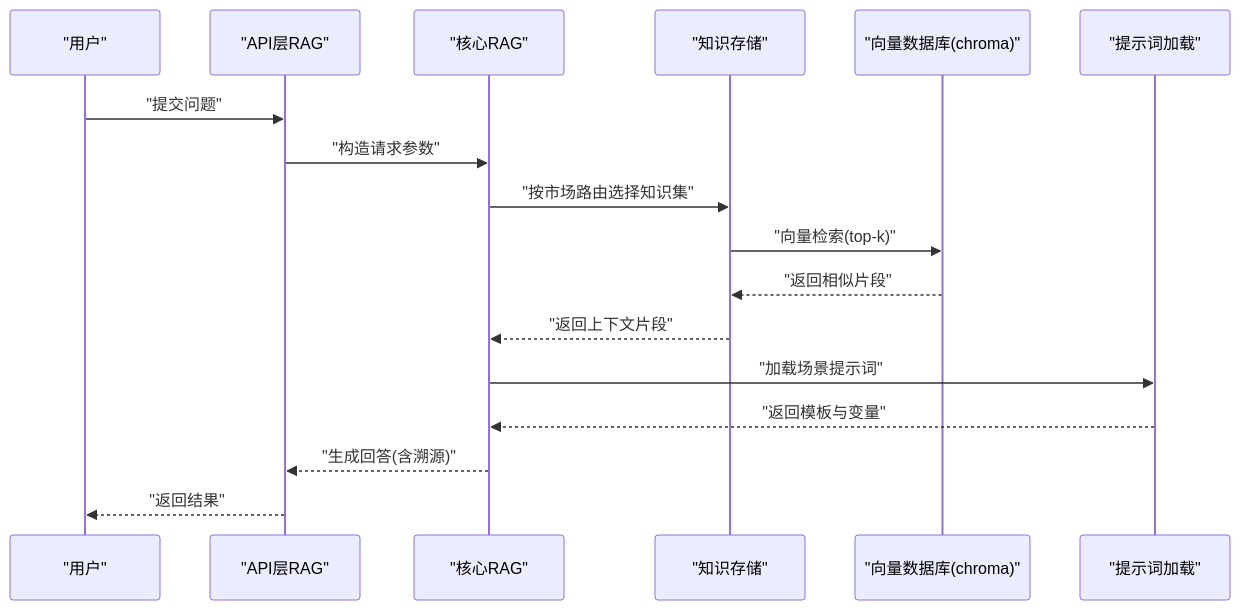
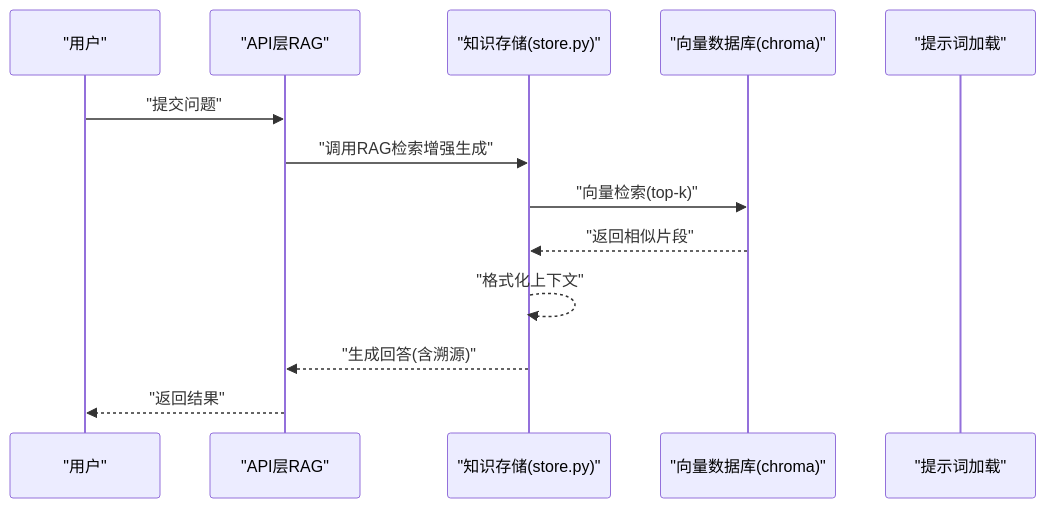
Before and after one commit to angledick/-: the second of 8 diagrams in .qoder/repowiki/zh/content/核心业务模块/知识管理系统/知识管理系统.md, drawn with Mermaid. The commit also changed other lines of this file and 770 other files, not shown here.

````diff
--- a/.qoder/repowiki/zh/content/核心业务模块/知识管理系统/知识管理系统.md
+++ b/.qoder/repowiki/zh/content/核心业务模块/知识管理系统/知识管理系统.md
@@ -143,19 +129,15 @@
 ```mermaid
 sequenceDiagram
 participant U as "用户"
 participant API as "API层RAG"
-participant CORE as "核心RAG"
-participant STORE as "知识存储"
+participant STORE as "知识存储(store.py)"
 participant VDB as "向量数据库(chroma)"
 participant PROMPT as "提示词加载"
 U->>API : "提交问题"
-API->>CORE : "构造请求参数"
-CORE->>STORE : "按市场路由选择知识集"
+API->>STORE : "调用RAG检索增强生成"
 STORE->>VDB : "向量检索(top-k)"
 VDB-->>STORE : "返回相似片段"
-STORE-->>CORE : "返回上下文片段"
-CORE->>PROMPT : "加载场景提示词"
-PROMPT-->>CORE : "返回模板与变量"
-CORE-->>API : "生成回答(含溯源)"
+STORE-->>STORE : "格式化上下文"
+STORE-->>API : "生成回答(含溯源)"
 API-->>U : "返回结果"
 ```
````
